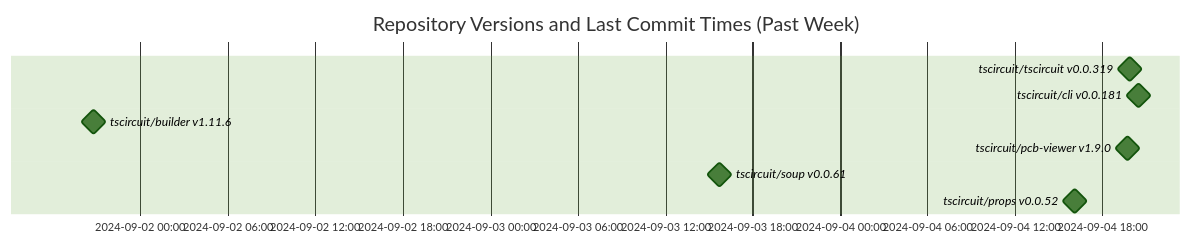
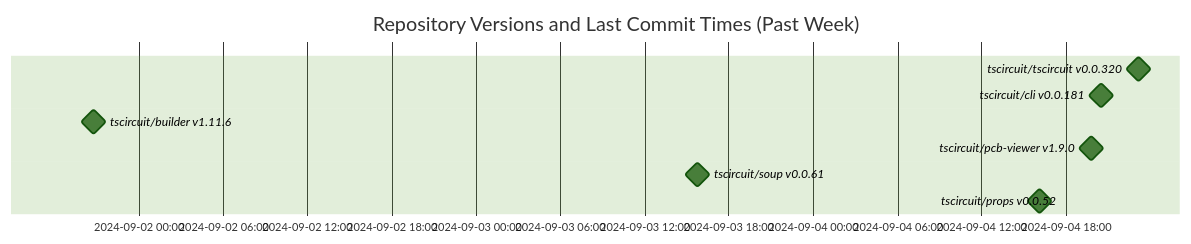
One commit to tscircuit/version-tracker changed the diagram in README.md. Above: the diagram before and after it, drawn with Mermaid (forest theme).

Commit message:
Update chart

````diff
--- a/README.md
+++ b/README.md
@@ -1,13 +1,13 @@
 ```mermaid
 gantt
   dateFormat  YYYY-MM-DD HH:mm:ss
   title Repository Versions and Last Commit Times (Past Week)
   axisFormat %Y-%m-%d %H:%M
 
-  tscircuit/tscircuit v0.0.319 : milestone, 2024-09-04 19:52:54, 1s
+  tscircuit/tscircuit v0.0.320 : milestone, 2024-09-04 23:09:26, 1s
   tscircuit/cli v0.0.181 : milestone, 2024-09-04 20:28:40, 1s
   tscircuit/builder v1.11.6 : milestone, 2024-09-01 20:47:46, 1s
   tscircuit/pcb-viewer v1.9.0 : milestone, 2024-09-04 19:45:38, 1s
   tscircuit/soup v0.0.61 : milestone, 2024-09-03 15:44:43, 1s
   tscircuit/props v0.0.52 : milestone, 2024-09-04 16:05:55, 1s
 ```
````
